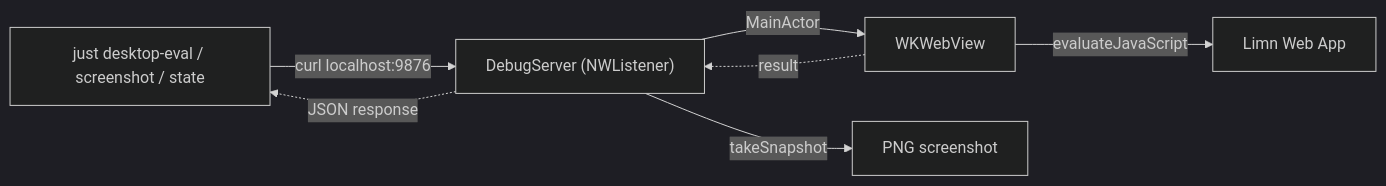
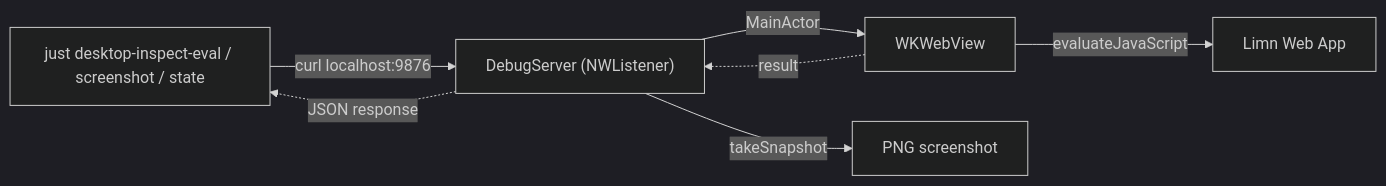
The diagram in TESTING.md (tednaleid/limn), drawn with Mermaid (dark theme) before and after one commit. The commit also changed other lines of this file and 2 other files, not shown here.

Commit message:
desktop-app Rename inspect commands to desktop-inspect-* for clarity

````diff
--- a/TESTING.md
+++ b/TESTING.md
@@ -33,10 +33,10 @@
 ```mermaid
 graph LR
-    CLI["just desktop-eval / screenshot / state"]
+    CLI["just desktop-inspect-eval / screenshot / state"]
     CLI -->|curl localhost:9876| DS["DebugServer (NWListener)"]
     DS -->|MainActor| WV["WKWebView"]
     WV -->|evaluateJavaScript| JS["Limn Web App"]
     DS -->|takeSnapshot| PNG["PNG screenshot"]
     WV -.->|result| DS
     DS -.->|JSON response| CLI
 ```
````
